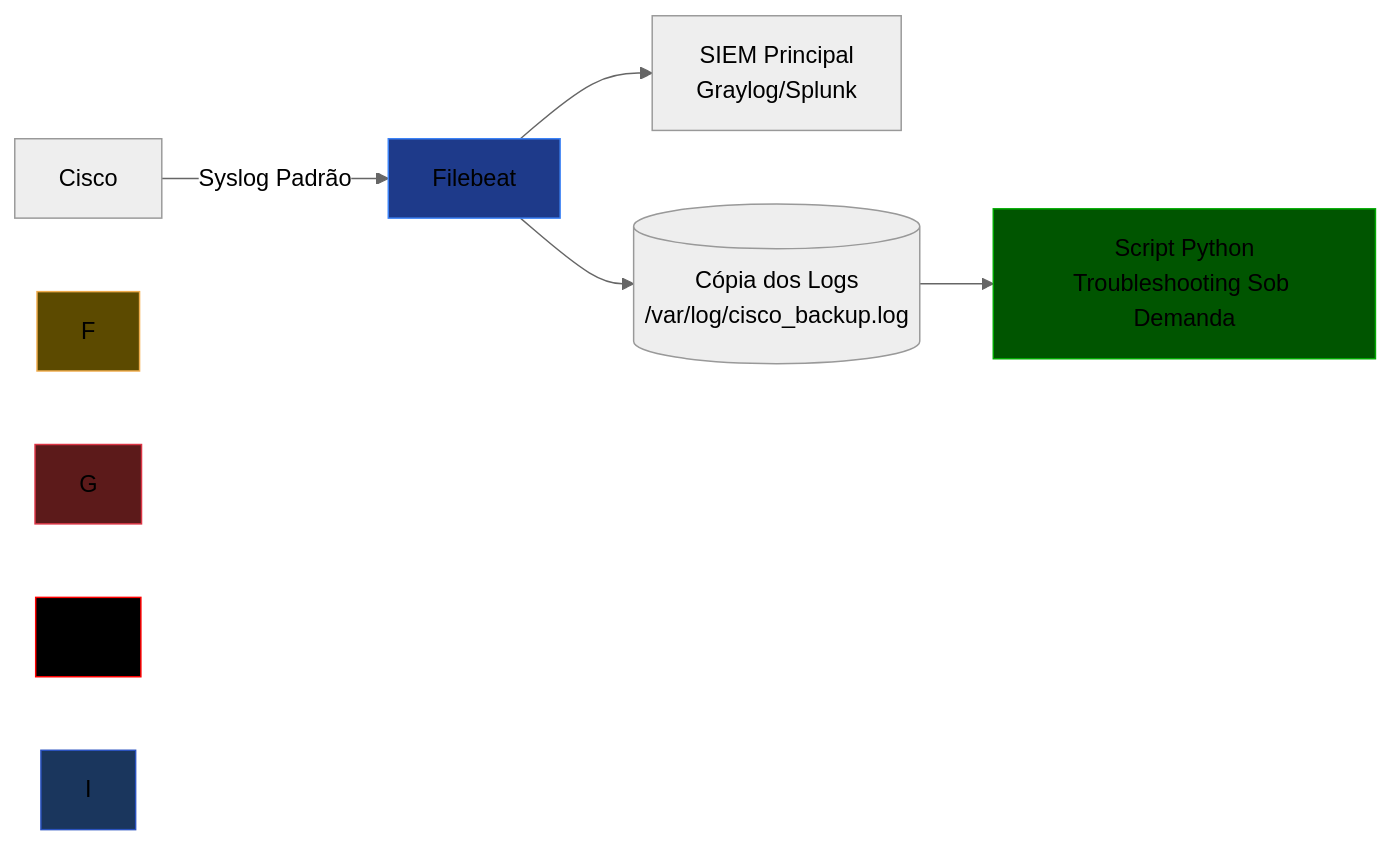
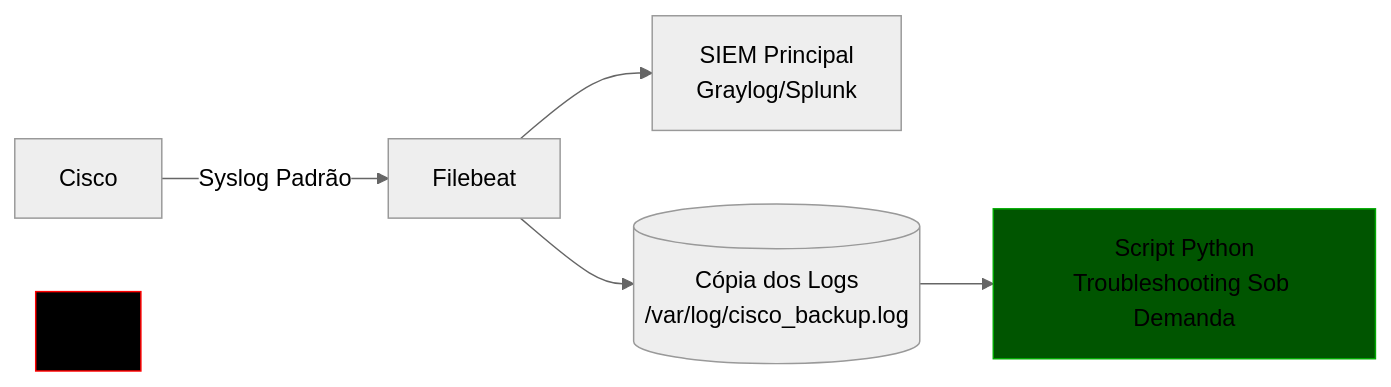
Before and after one commit to alcancil/Cisco: the third of 3 diagrams in CCNP 350-401 ENCOR/06 - Automation/17- Python - Basico 12 - Logging/README.md, drawn with Mermaid (neutral theme).

Commit message:
Alterado o arquivo README.md

````diff
--- a/CCNP 350-401 ENCOR/06 - Automation/17- Python - Basico 12 - Logging/README.md
+++ b/CCNP 350-401 ENCOR/06 - Automation/17- Python - Basico 12 - Logging/README.md
@@ -1846,14 +1846,11 @@
 ```mermaid
 flowchart LR
     A[Cisco] -->|Syslog Padrão| B[Filebeat]
     B --> C[SIEM Principal<br>Graylog/Splunk]
     B --> D[(Cópia dos Logs<br>/var/log/cisco_backup.log)]
     D --> E[Script Python<br>Troubleshooting Sob Demanda]
 
-    style B fill:#1e3a8a,stroke:#3b82f6,color:#FFFFFF  # Configuracao
     style E fill:#005500,stroke:#00AA00,color:#FFFFFF  # INFO
-    style F fill:#5c4a00,stroke:#f0ad4e,color:#FFFFFF  # ERROR
-    style G fill:#5c1a1a,stroke:#dc3545,color:#FFFFFF  # WARNING
     style H fill:#000000,stroke:#ff0000,color:#FFFFFF  # CRITICAL
-    style I fill:#1a365d,stroke:#2a52be,color:#FFFFFF  # Arquivo
+    
 ```
````
